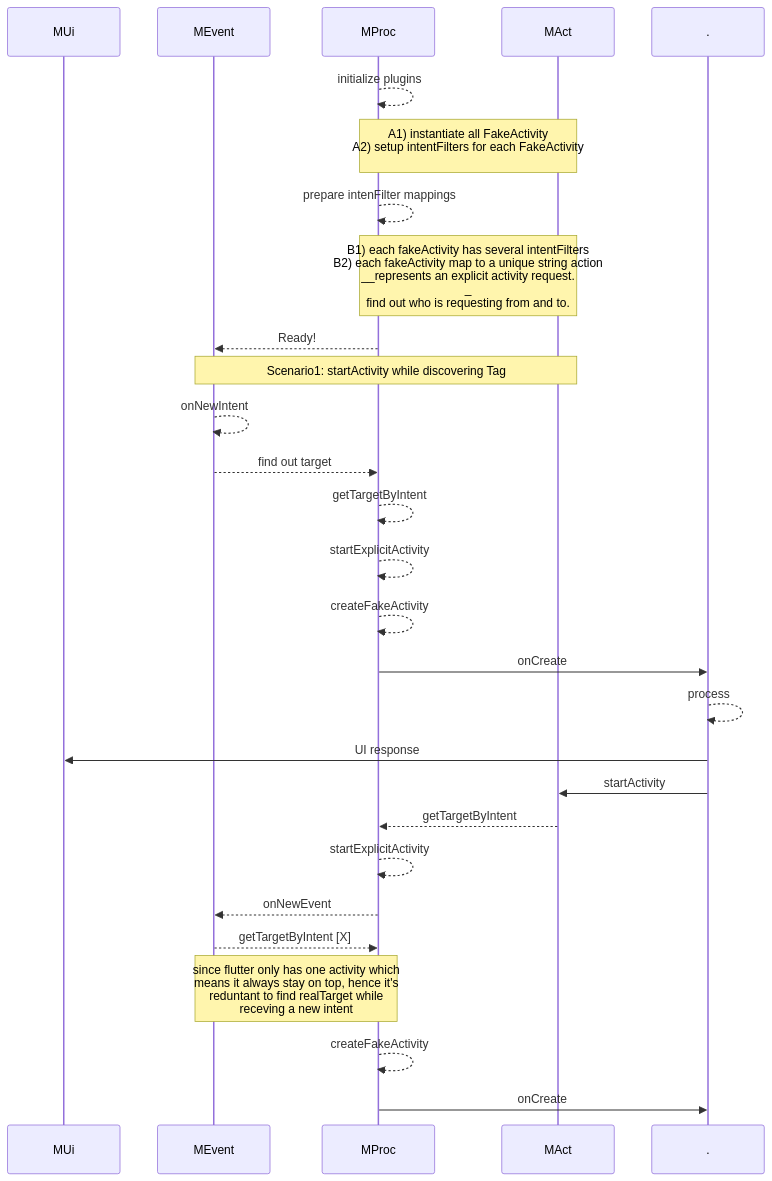
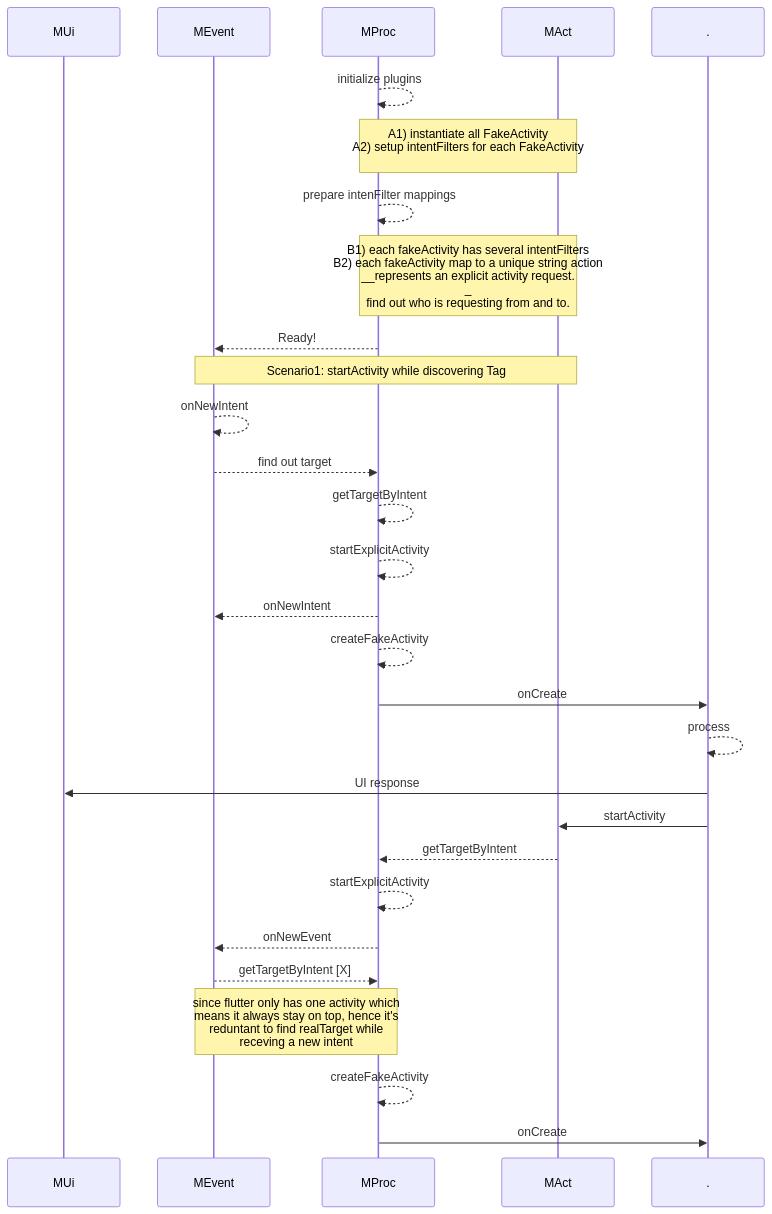
One commit to gordianknotC/nxp_note changed the third of 6 diagrams in flutter/android_to_flutter.md. Above: the diagram before and after it, drawn with Mermaid. The commit also changed other lines of this file, not shown here.

````diff
--- a/flutter/android_to_flutter.md
+++ b/flutter/android_to_flutter.md
@@ -50,38 +50,39 @@
 ```mermaid
 sequenceDiagram
 participant MUi
 participant MEvent
 participant MProc
 participant MAct
 participant .
 
 MProc-->>MProc: initialize plugins
 Note over MProc,MAct: A1) instantiate all FakeActivity<br>A2) setup intentFilters for each FakeActivity<br>
 
 MProc-->>MProc: prepare intenFilter mappings
 Note over MProc, MAct: B1) each fakeActivity has several intentFilters<br>B2) each fakeActivity map to a unique string action<br>__represents an explicit activity request.<br>_<br> find out who is requesting from and to.
 
 MProc-->>MEvent: Ready!
 
 Note over MEvent, MAct: Scenario1: startActivity while discovering Tag
 MEvent-->>MEvent: onNewIntent
 MEvent-->>MProc: find out target
 MProc-->>MProc: getTargetByIntent
 MProc-->>MProc: startExplicitActivity
+MProc-->>MEvent: onNewIntent
 MProc-->>MProc: createFakeActivity
 MProc->> . : onCreate
 . -->> . : process
 . ->> MUi: UI response
 . ->> MAct: startActivity
 MAct -->> MProc: getTargetByIntent
 MProc -->> MProc: startExplicitActivity
 MProc -->> MEvent: onNewEvent
 MEvent -->> MProc: getTargetByIntent [X]
 
 Note over MEvent, MProc: since flutter only has one activity which<br> means it always stay on top, hence it's<br> reduntant to find realTarget while <br>receving a new intent
 
 MProc -->> MProc: createFakeActivity
 MProc ->> . : onCreate
 
 
 ```
````
